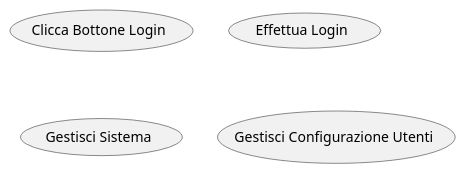
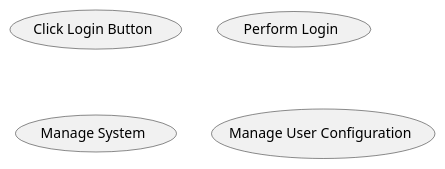
Diagram 14 of 21 in 03-behavioral-diagrams/use-case-diagrams/README.md (Seniorsimo/sas-template), drawn with PlantUML before and after one commit. The commit also changed other lines of this file and 49 other files, not shown here.

````diff
--- a/03-behavioral-diagrams/use-case-diagrams/README.md
+++ b/03-behavioral-diagrams/use-case-diagrams/README.md
@@ -199,13 +199,13 @@
 ```plantuml
-' ❌ Troppo dettagliato
-usecase "Clicca Bottone Login"
+' ❌ Too detailed
+usecase "Click Login Button"
 
-' ✅ Livello appropriato  
-usecase "Effettua Login"
+' ✅ Appropriate level
+usecase "Perform Login"
 
-' ❌ Troppo generico
-usecase "Gestisci Sistema"
+' ❌ Too generic
+usecase "Manage System"
 
-' ✅ Specifico ma completo
-usecase "Gestisci Configurazione Utenti"
+' ✅ Specific but complete
+usecase "Manage User Configuration"
 ```
````
